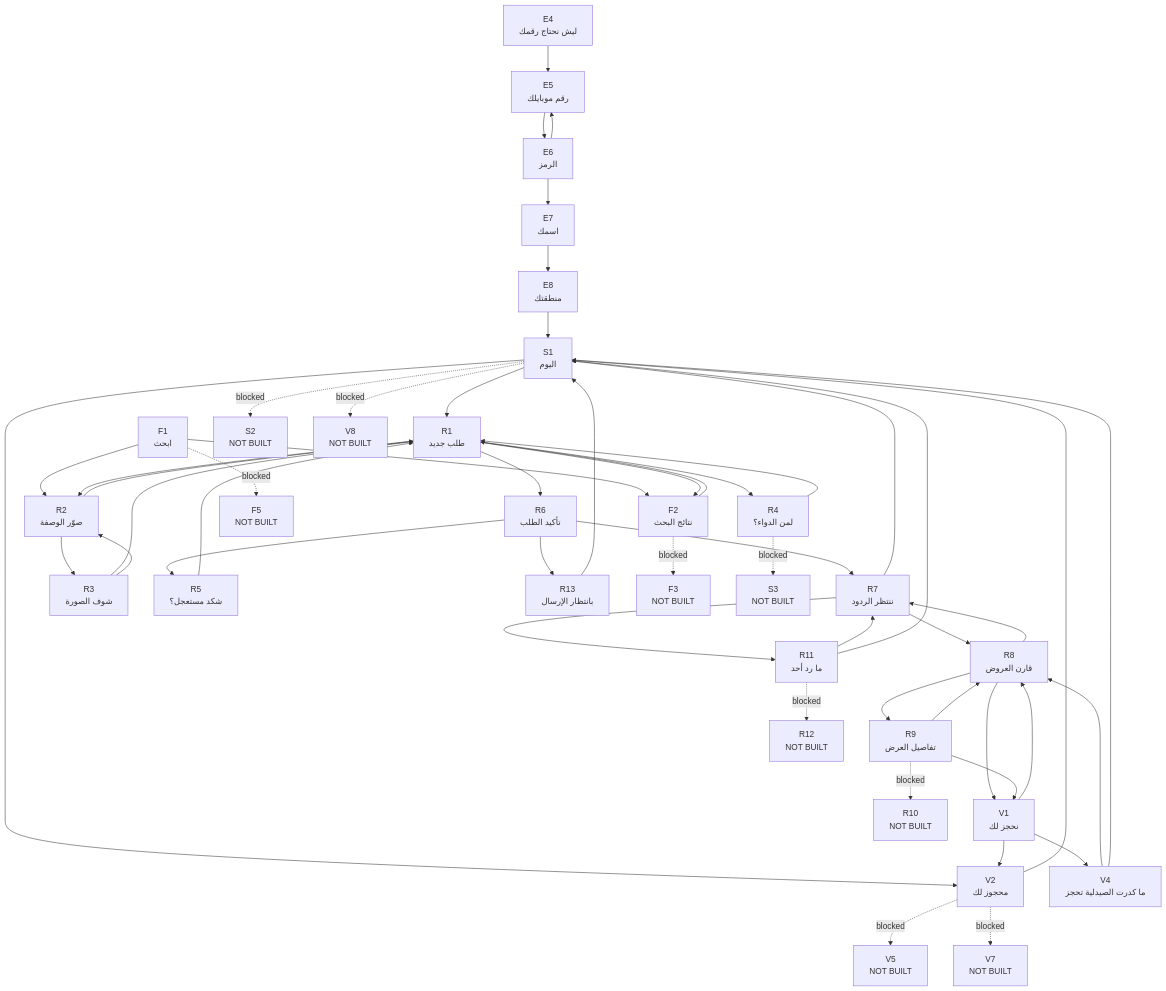
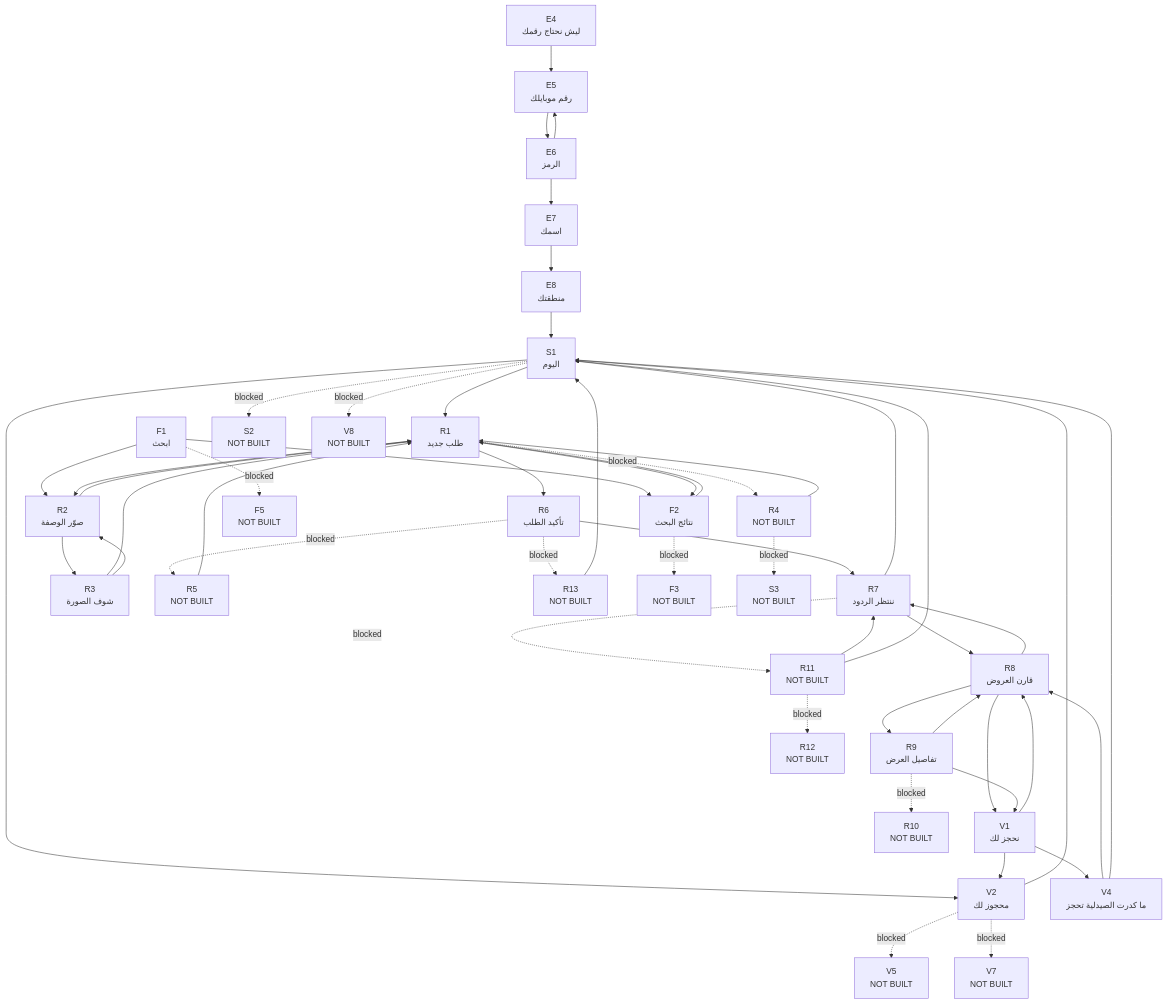
One commit to alinasser21001b-blip/adlytic changed the second of 6 diagrams in docs/design/DIAGRAMS.md. Above: the diagram before and after it, drawn with Mermaid. The commit also changed other lines of this file and 25 other files, not shown here.

````diff
--- a/docs/design/DIAGRAMS.md
+++ b/docs/design/DIAGRAMS.md
@@ -50,76 +50,76 @@
 ```mermaid
 flowchart TD
   S1["S1<br/>اليوم"]
   E4["E4<br/>ليش نحتاج رقمك"]
   E5["E5<br/>رقم موبايلك"]
   E6["E6<br/>الرمز"]
   E7["E7<br/>اسمك"]
   E8["E8<br/>منطقتك"]
   F1["F1<br/>ابحث"]
   F2["F2<br/>نتائج البحث"]
   R1["R1<br/>طلب جديد"]
   R6["R6<br/>تأكيد الطلب"]
   R7["R7<br/>ننتظر الردود"]
   R8["R8<br/>قارن العروض"]
   R2["R2<br/>صوّر الوصفة"]
   R3["R3<br/>شوف الصورة"]
   R4["R4<br/>لمن الدواء؟"]
   R5["R5<br/>شكد مستعجل؟"]
   R9["R9<br/>تفاصيل العرض"]
   R11["R11<br/>ما رد أحد"]
   R13["R13<br/>بانتظار الإرسال"]
   V1["V1<br/>نحجز لك"]
   V2["V2<br/>محجوز لك"]
   V4["V4<br/>ما كدرت الصيدلية تحجز"]
   S1 --> R1
   S1 --> V2
   E4 --> E5
   E5 --> E6
   E6 --> E5
   E6 --> E7
   E7 --> E8
   E8 --> S1
   F1 --> F2
   F1 --> R2
   F2 --> R1
   R1 --> F2
   R1 --> R2
-  R1 --> R4
   R1 --> R6
-  R6 --> R5
   R6 --> R7
-  R6 --> R13
   R7 --> R8
-  R7 --> R11
   R7 --> S1
   R8 --> R9
   R8 --> V1
   R8 --> R7
   R2 --> R3
   R2 --> R1
   R3 --> R1
   R3 --> R2
   R4 --> R1
   R5 --> R1
   R9 --> V1
   R9 --> R8
   R11 --> R7
   R11 --> S1
   R13 --> S1
   V1 --> V2
   V1 --> V4
   V1 --> R8
   V2 --> S1
   V4 --> R8
   V4 --> S1
   S1 -.blocked.-> S2["S2<br/>NOT BUILT"]
   S1 -.blocked.-> V8["V8<br/>NOT BUILT"]
   F1 -.blocked.-> F5["F5<br/>NOT BUILT"]
   F2 -.blocked.-> F3["F3<br/>NOT BUILT"]
+  R1 -.blocked.-> R4["R4<br/>NOT BUILT"]
+  R6 -.blocked.-> R5["R5<br/>NOT BUILT"]
+  R6 -.blocked.-> R13["R13<br/>NOT BUILT"]
+  R7 -.blocked.-> R11["R11<br/>NOT BUILT"]
   R4 -.blocked.-> S3["S3<br/>NOT BUILT"]
   R9 -.blocked.-> R10["R10<br/>NOT BUILT"]
   R11 -.blocked.-> R12["R12<br/>NOT BUILT"]
   V2 -.blocked.-> V5["V5<br/>NOT BUILT"]
   V2 -.blocked.-> V7["V7<br/>NOT BUILT"]
   classDef built stroke:#186047;
 ```
````
